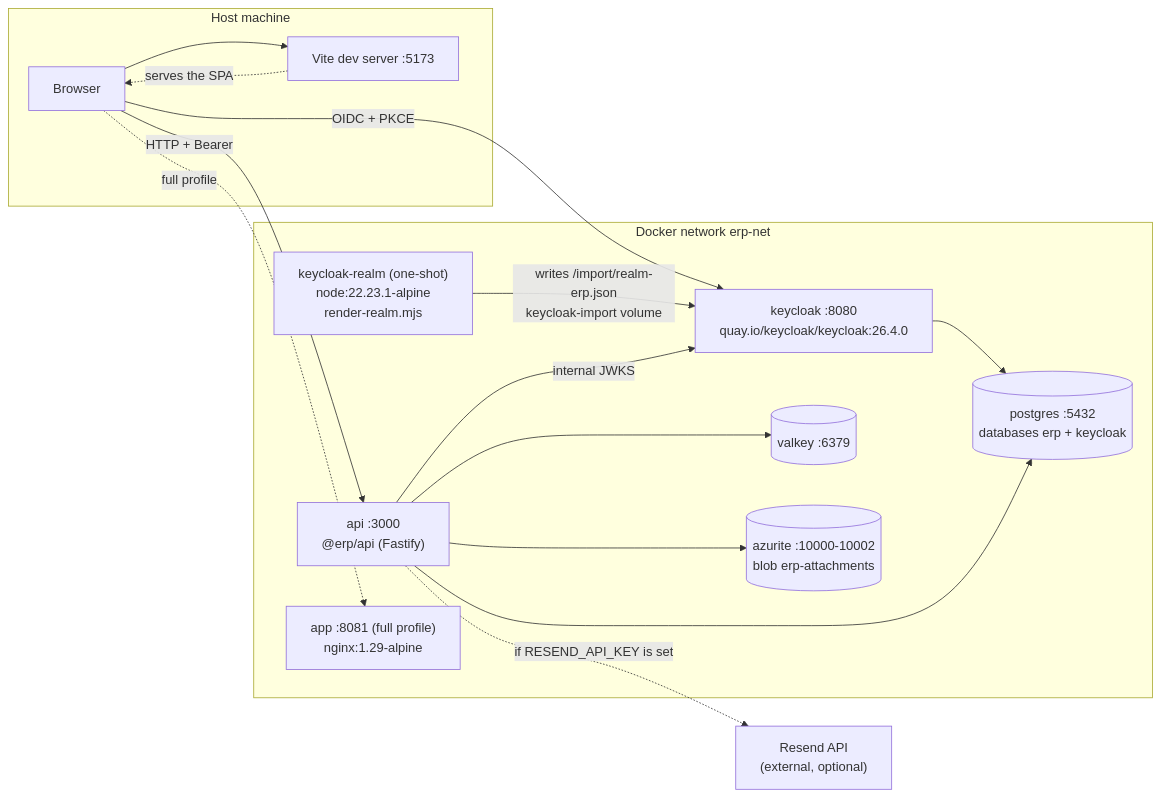
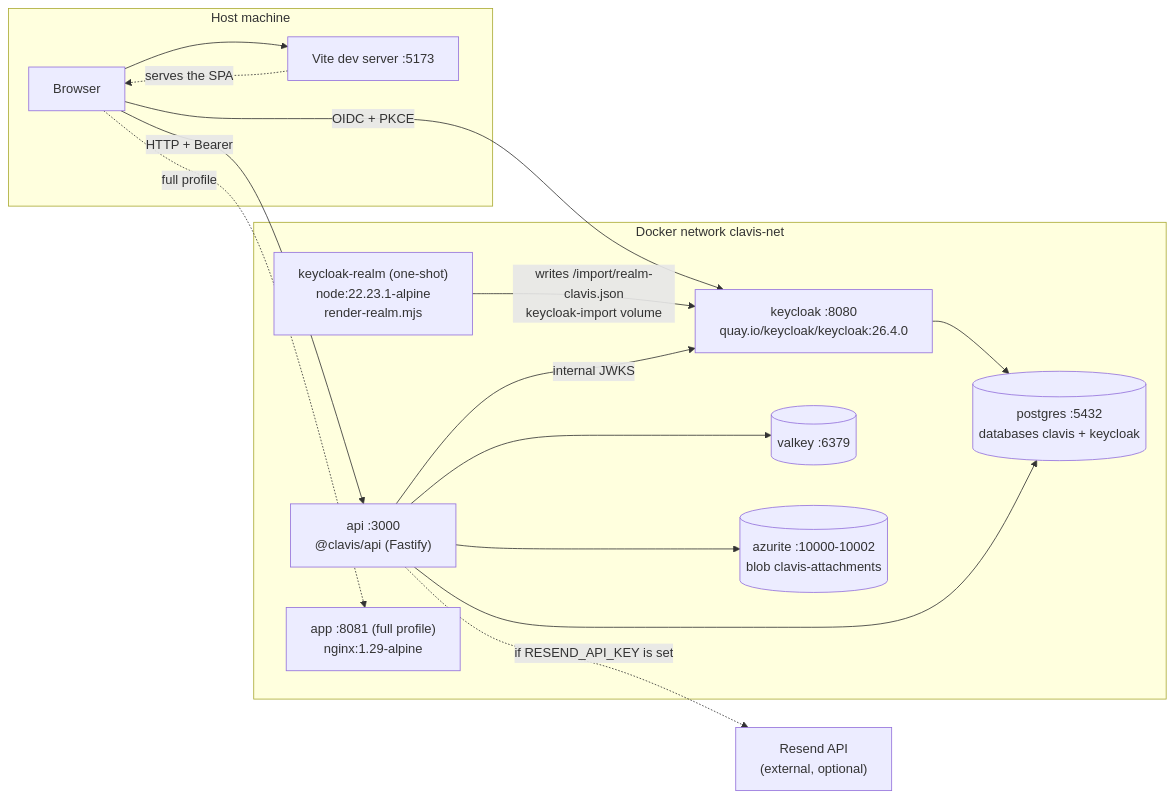
The second of 2 diagrams in README.md (mapineda48/clavis), drawn with Mermaid before and after one commit. The commit also changed other lines of this file and 130 other files, not shown here.

````diff
--- a/README.md
+++ b/README.md
@@ -349,32 +350,32 @@
 ```mermaid
 flowchart LR
     subgraph host["Host machine"]
         BROWSER["Browser"]
         VITE["Vite dev server :5173"]
     end
 
-    subgraph net["Docker network erp-net"]
+    subgraph net["Docker network clavis-net"]
         KCR["keycloak-realm (one-shot)<br/>node:22.23.1-alpine<br/>render-realm.mjs"]
         KC["keycloak :8080<br/>quay.io/keycloak/keycloak:26.4.0"]
-        API["api :3000<br/>@erp/api (Fastify)"]
-        PG[("postgres :5432<br/>databases erp + keycloak")]
+        API["api :3000<br/>@clavis/api (Fastify)"]
+        PG[("postgres :5432<br/>databases clavis + keycloak")]
         VK[("valkey :6379")]
-        AZ[("azurite :10000-10002<br/>blob erp-attachments")]
+        AZ[("azurite :10000-10002<br/>blob clavis-attachments")]
         NGX["app :8081 (full profile)<br/>nginx:1.29-alpine"]
     end
 
     RESEND["Resend API<br/>(external, optional)"]
 
     BROWSER -->|"OIDC + PKCE"| KC
     BROWSER -->|"HTTP + Bearer"| API
     BROWSER --> VITE
     BROWSER -.->|"full profile"| NGX
     VITE -.->|"serves the SPA"| BROWSER
-    KCR -->|"writes /import/realm-erp.json<br/>keycloak-import volume"| KC
+    KCR -->|"writes /import/realm-clavis.json<br/>keycloak-import volume"| KC
     KC --> PG
     API -->|"internal JWKS"| KC
     API --> PG
     API --> VK
     API --> AZ
     API -.->|"if RESEND_API_KEY is set"| RESEND
 ```
````
